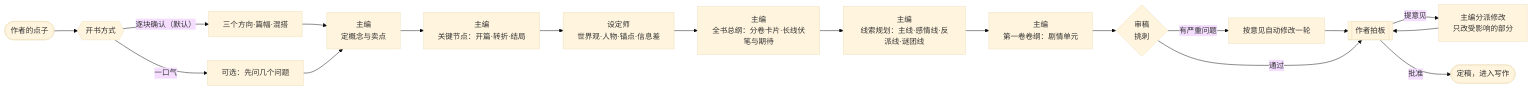
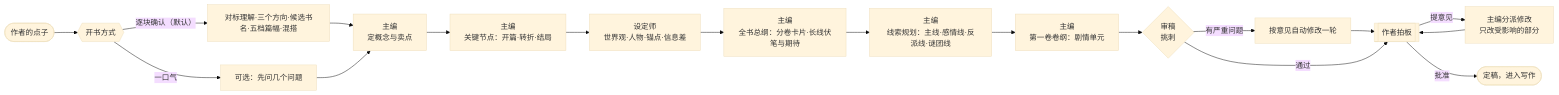
Before and after one commit to lxbtkfbj/zhibi: the first of 3 diagrams in README.md, drawn with Mermaid (base theme). The commit also changed other lines of this file and 25 other files, not shown here.

````diff
--- a/README.md
+++ b/README.md
@@ -40,20 +42,20 @@
 ```mermaid
 flowchart LR
     A([作者的点子]) --> Q{{开书方式}}
-    Q -- 逐块确认（默认） --> P[三个方向·篇幅·混搭]
+    Q -- 逐块确认（默认） --> P[对标理解·三个方向·候选书名·五档篇幅·混搭]
     Q -- 一口气 --> ASK[可选：先问几个问题]
     P --> B[主编<br/>定概念与卖点]
     ASK --> B
     B --> S[主编<br/>关键节点：开篇·转折·结局]
     S --> C[设定师<br/>世界观·人物·锚点·信息差]
     C --> D[主编<br/>全书总纲：分卷卡片·长线伏笔与期待]
     D --> T[主编<br/>线索规划：主线·感情线·反派线·谜团线]
     T --> V[主编<br/>第一卷卷纲：剧情单元]
     V --> E{审稿<br/>挑刺}
     E -- 有严重问题 --> F[按意见自动修改一轮]
     F --> G
     E -- 通过 --> G[[作者拍板]]
     G -- 提意见 --> H[主编分派修改<br/>只改受影响的部分]
     H --> G
     G -- 批准 --> I([定稿，进入写作])
 ```
````
